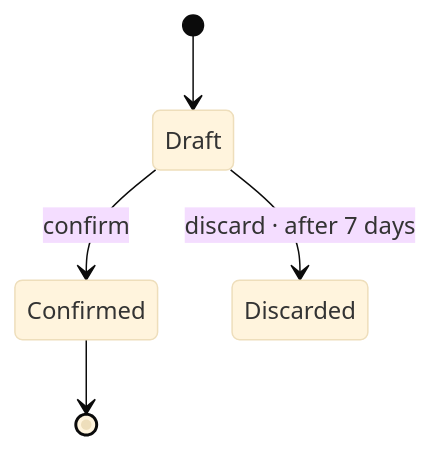
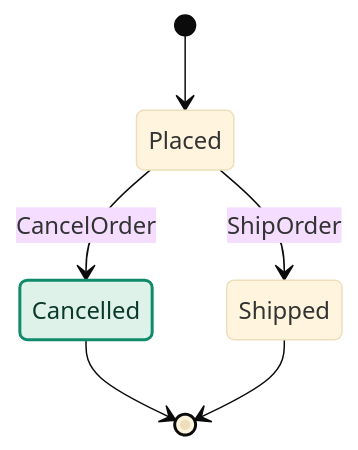
Before and after one commit to m0x6A/claude-skills: the sixth of 6 diagrams in plugins/feature-workflow/skills/feature-design/templates/design.md, drawn with Mermaid (base theme). The commit also changed other lines of this file and 4 other files, not shown here.

First line of the commit message:
Give the design diagrams one visual language and a proper render page

````diff
--- a/plugins/feature-workflow/skills/feature-design/templates/design.md
+++ b/plugins/feature-workflow/skills/feature-design/templates/design.md
@@ -161,7 +207,10 @@
 ```mermaid
 stateDiagram-v2
-    [*] --> Draft
-    Draft --> Confirmed: confirm
-    Draft --> Discarded: discard · after 7 days
-    Confirmed --> [*]
+    classDef new fill:#DFF2EA,stroke:#0F8A6A,stroke-width:2px,color:#0A3A2C
+    [*] --> Placed
+    Placed --> Shipped: ShipOrder
+    Placed --> Cancelled: CancelOrder
+    Cancelled --> [*]
+    Shipped --> [*]
+    class Cancelled new
 ```
````
